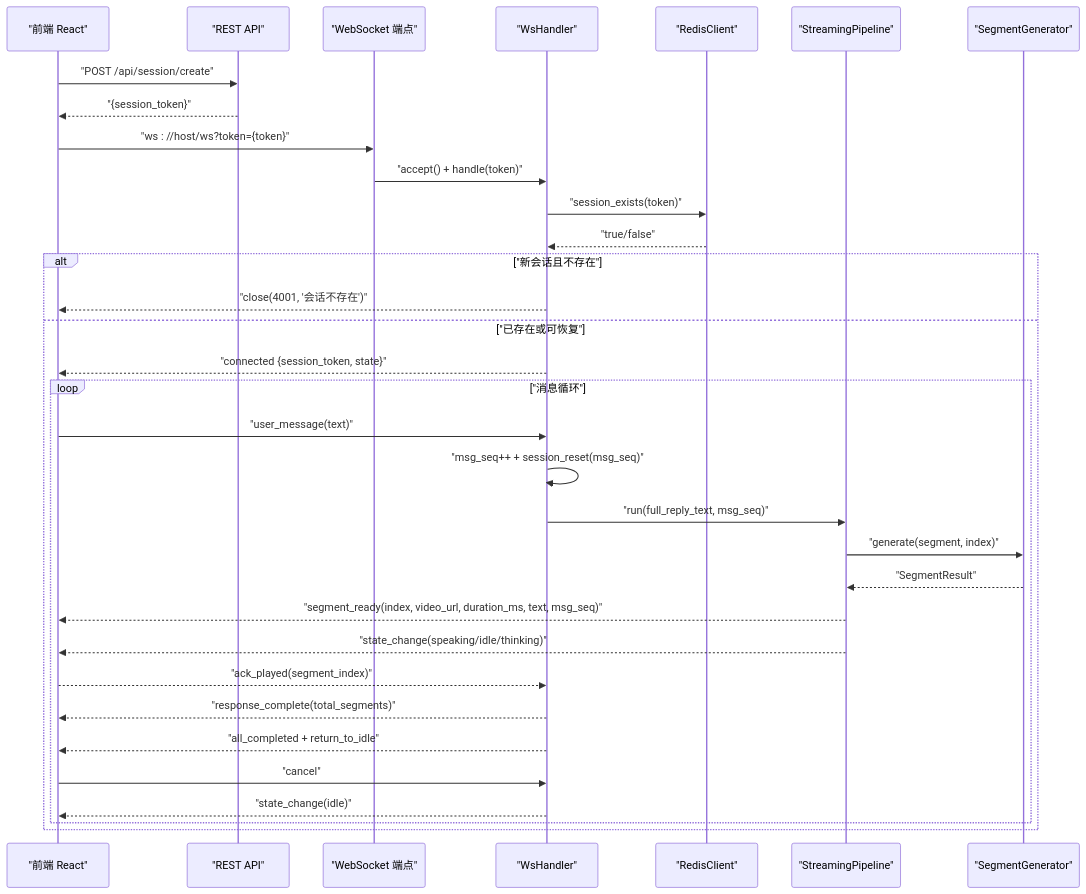
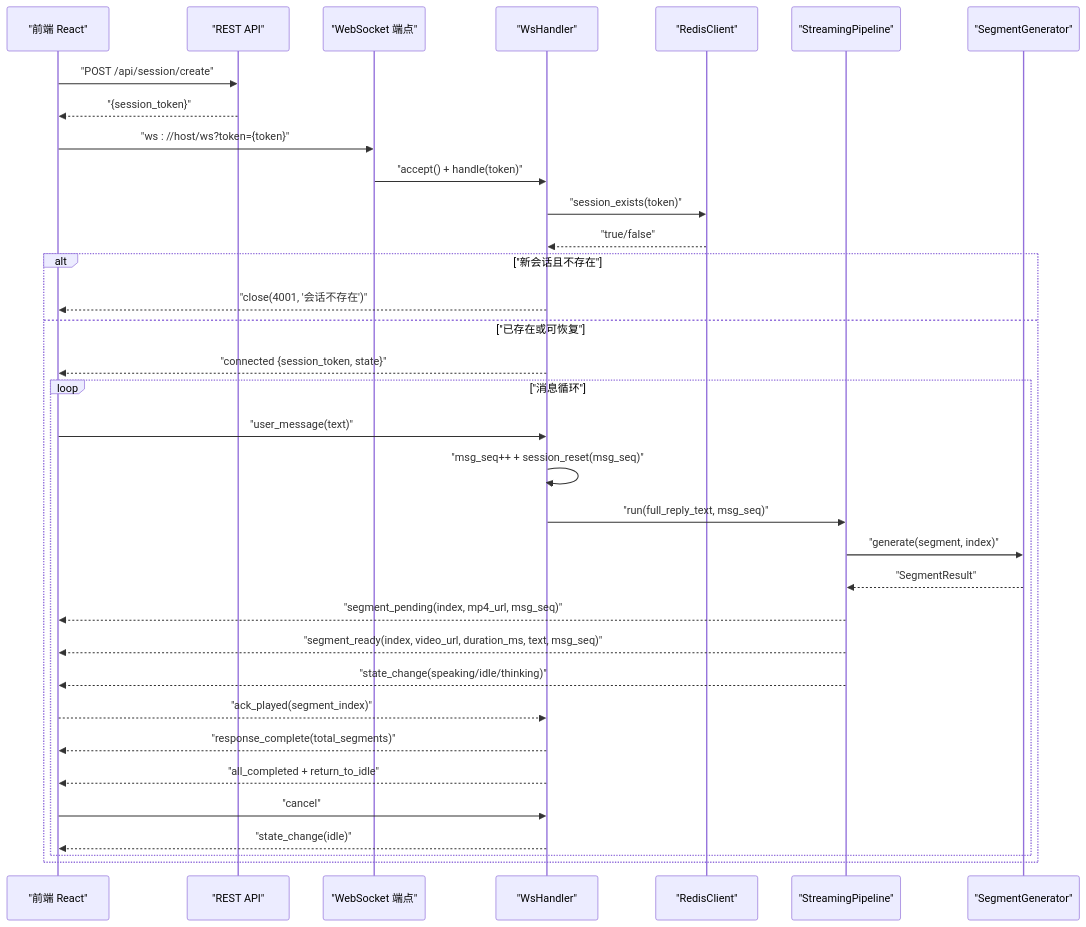
One commit to leo21cn/real-time-talk changed the second of 7 diagrams in .qoder/repowiki/zh/content/后端服务/WebSocket 通信协议.md. Above: the diagram before and after it, drawn with Mermaid. The commit also changed other lines of this file and 9 other files, not shown here.

````diff
--- a/.qoder/repowiki/zh/content/后端服务/WebSocket 通信协议.md
+++ b/.qoder/repowiki/zh/content/后端服务/WebSocket 通信协议.md
@@ -145,35 +145,36 @@
 ```mermaid
 sequenceDiagram
 participant FE as "前端 React"
 participant API as "REST API"
 participant WS as "WebSocket 端点"
 participant H as "WsHandler"
 participant R as "RedisClient"
 participant P as "StreamingPipeline"
 participant G as "SegmentGenerator"
 FE->>API : "POST /api/session/create"
 API-->>FE : "{session_token}"
 FE->>WS : "ws : //host/ws?token={token}"
 WS->>H : "accept() + handle(token)"
 H->>R : "session_exists(token)"
 R-->>H : "true/false"
 alt "新会话且不存在"
 H-->>FE : "close(4001, '会话不存在')"
 else "已存在或可恢复"
 H-->>FE : "connected {session_token, state}"
 loop "消息循环"
 FE->>H : "user_message(text)"
 H->>H : "msg_seq++ + session_reset(msg_seq)"
 H->>P : "run(full_reply_text, msg_seq)"
 P->>G : "generate(segment, index)"
 G-->>P : "SegmentResult"
+P-->>FE : "segment_pending(index, mp4_url, msg_seq)"
 P-->>FE : "segment_ready(index, video_url, duration_ms, text, msg_seq)"
 P-->>FE : "state_change(speaking/idle/thinking)"
 FE-->>H : "ack_played(segment_index)"
 H-->>FE : "response_complete(total_segments)"
 H-->>FE : "all_completed + return_to_idle"
 FE->>H : "cancel"
 H-->>FE : "state_change(idle)"
 end
 end
 ```
````
